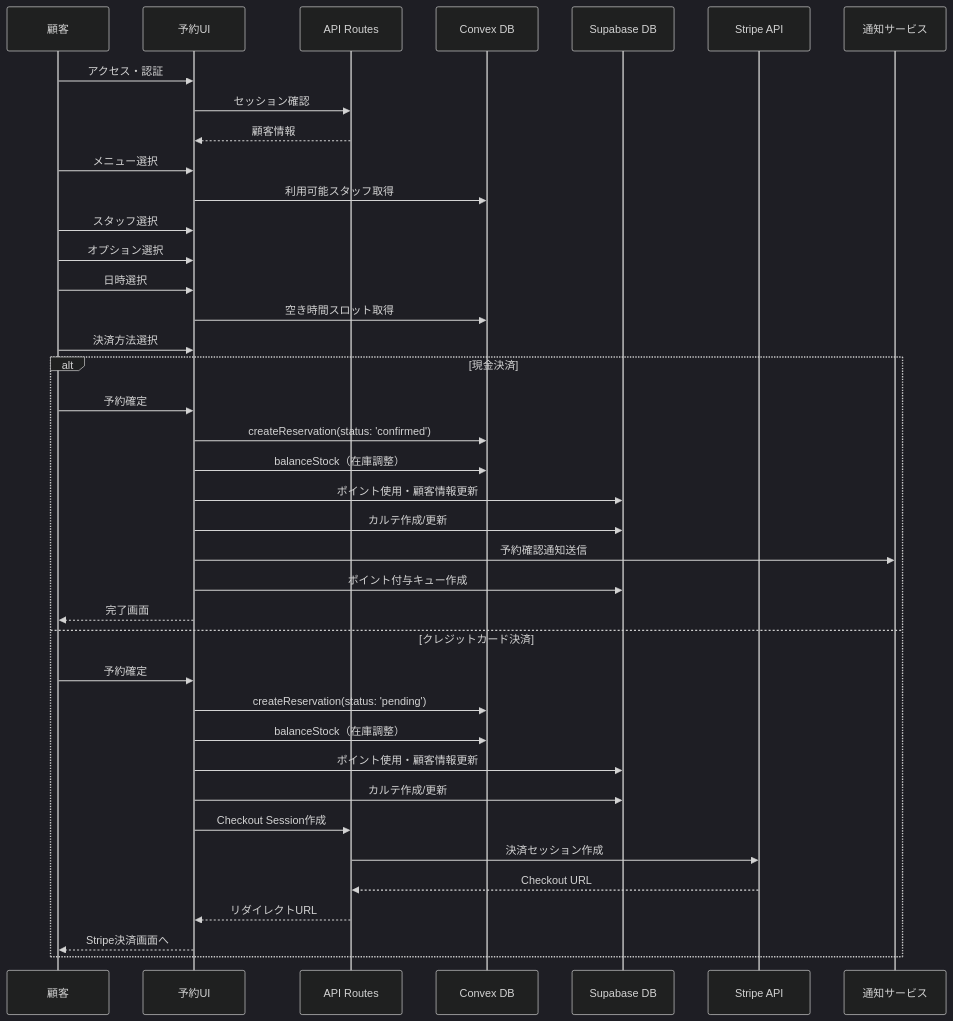
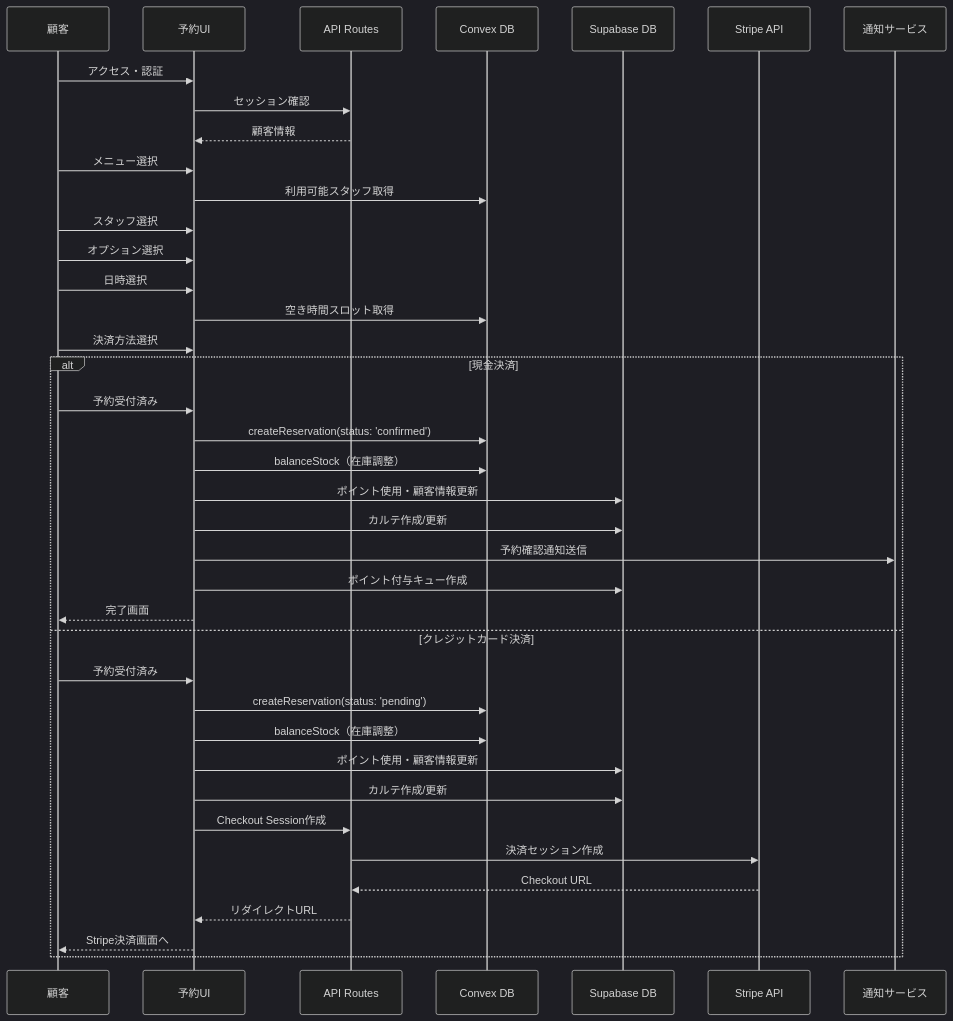
One commit to atsuki-sakai/Bocker changed the first of 2 diagrams in docs/RESERVATION_CREATION_GUIDE.md. Above: the diagram before and after it, drawn with Mermaid (dark theme). The commit also changed other lines of this file and 15 other files, not shown here.

````diff
--- a/docs/RESERVATION_CREATION_GUIDE.md
+++ b/docs/RESERVATION_CREATION_GUIDE.md
@@ -151,44 +151,44 @@
 ```mermaid
 sequenceDiagram
     participant Customer as 顧客
     participant UI as 予約UI
     participant API as API Routes
     participant Convex as Convex DB
     participant Supabase as Supabase DB
     participant Stripe as Stripe API
     participant Notification as 通知サービス
 
     Customer->>UI: アクセス・認証
     UI->>API: セッション確認
     API-->>UI: 顧客情報
     
     Customer->>UI: メニュー選択
     UI->>Convex: 利用可能スタッフ取得
     Customer->>UI: スタッフ選択
     Customer->>UI: オプション選択
     Customer->>UI: 日時選択
     UI->>Convex: 空き時間スロット取得
     Customer->>UI: 決済方法選択
     
     alt 現金決済
-        Customer->>UI: 予約確定
+        Customer->>UI: 予約受付済み
         UI->>Convex: createReservation(status: 'confirmed')
         UI->>Convex: balanceStock（在庫調整）
         UI->>Supabase: ポイント使用・顧客情報更新
         UI->>Supabase: カルテ作成/更新
         UI->>Notification: 予約確認通知送信
         UI->>Supabase: ポイント付与キュー作成
         UI-->>Customer: 完了画面
     else クレジットカード決済
-        Customer->>UI: 予約確定
+        Customer->>UI: 予約受付済み
         UI->>Convex: createReservation(status: 'pending')
         UI->>Convex: balanceStock（在庫調整）
         UI->>Supabase: ポイント使用・顧客情報更新
         UI->>Supabase: カルテ作成/更新
         UI->>API: Checkout Session作成
         API->>Stripe: 決済セッション作成
         Stripe-->>API: Checkout URL
         API-->>UI: リダイレクトURL
         UI-->>Customer: Stripe決済画面へ
     end
 ```
````
